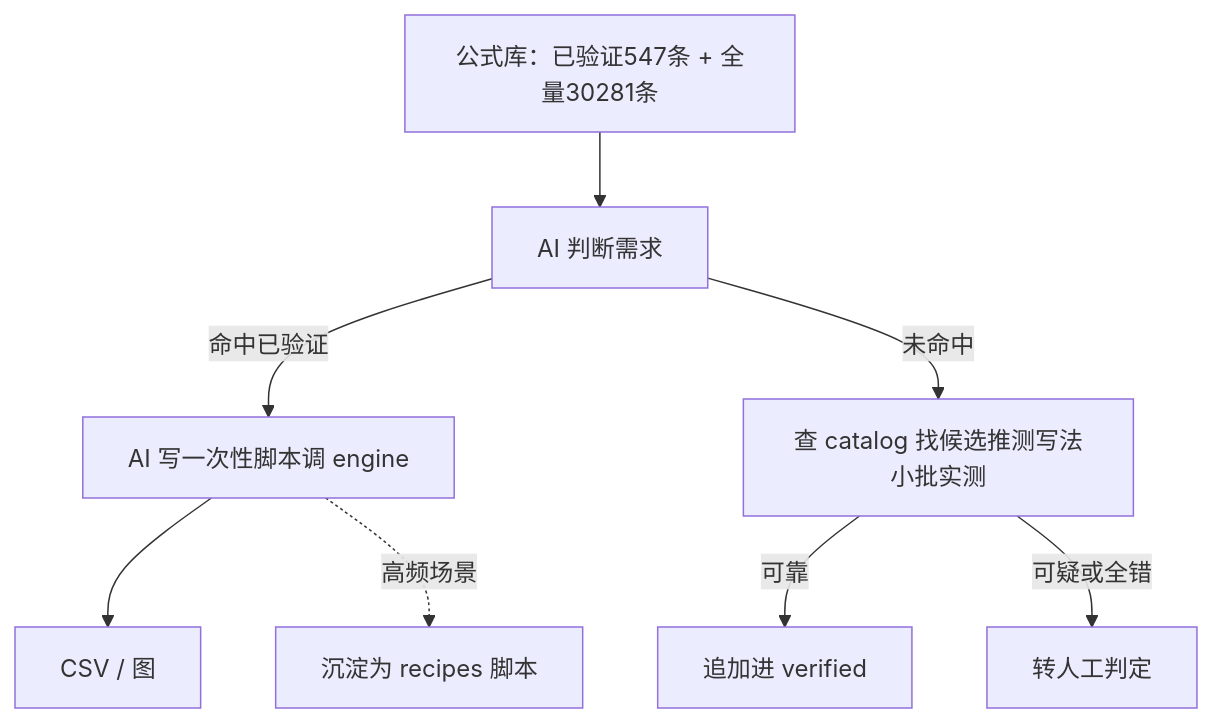
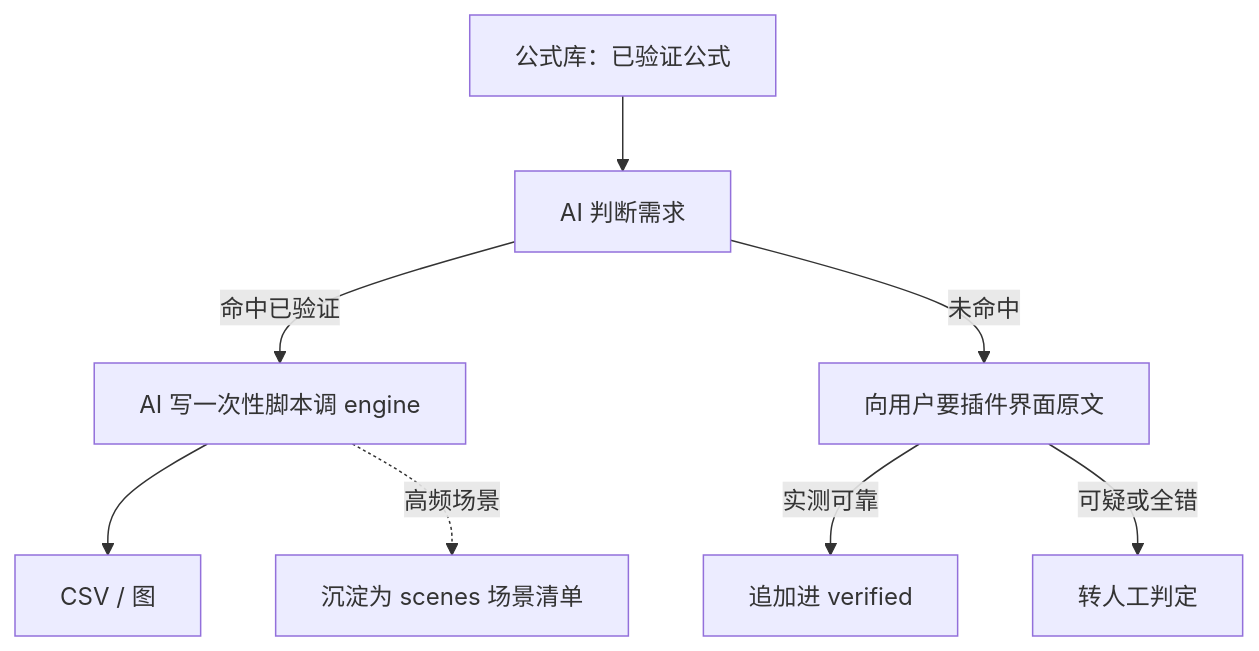
Before and after one commit to alone-tree/Ashare-announcements-MCP: the diagram in docs/iFinD公式验证库建设方案-2026-11-18.md, drawn with Mermaid. The commit also changed other lines of this file and 4 other files, not shown here.

````diff
--- a/docs/iFinD公式验证库建设方案-2026-11-18.md
+++ b/docs/iFinD公式验证库建设方案-2026-11-18.md
@@ -76,10 +76,10 @@
 ```mermaid
 flowchart TB
-    L[公式库：已验证547条 + 全量30281条] --> AI[AI 判断需求]
+    L[公式库：已验证公式] --> AI[AI 判断需求]
     AI -->|命中已验证| S[AI 写一次性脚本调 engine]
-    AI -->|未命中| C[查 catalog 找候选推测写法小批实测]
-    C -->|可靠| V[追加进 verified]
+    AI -->|未命中| C[向用户要插件界面原文]
+    C -->|实测可靠| V[追加进 verified]
     C -->|可疑或全错| U[转人工判定]
     S --> D[CSV / 图]
-    S -.->|高频场景| R[沉淀为 recipes 脚本]
+    S -.->|高频场景| R[沉淀为 scenes 场景清单]
 ```
````
